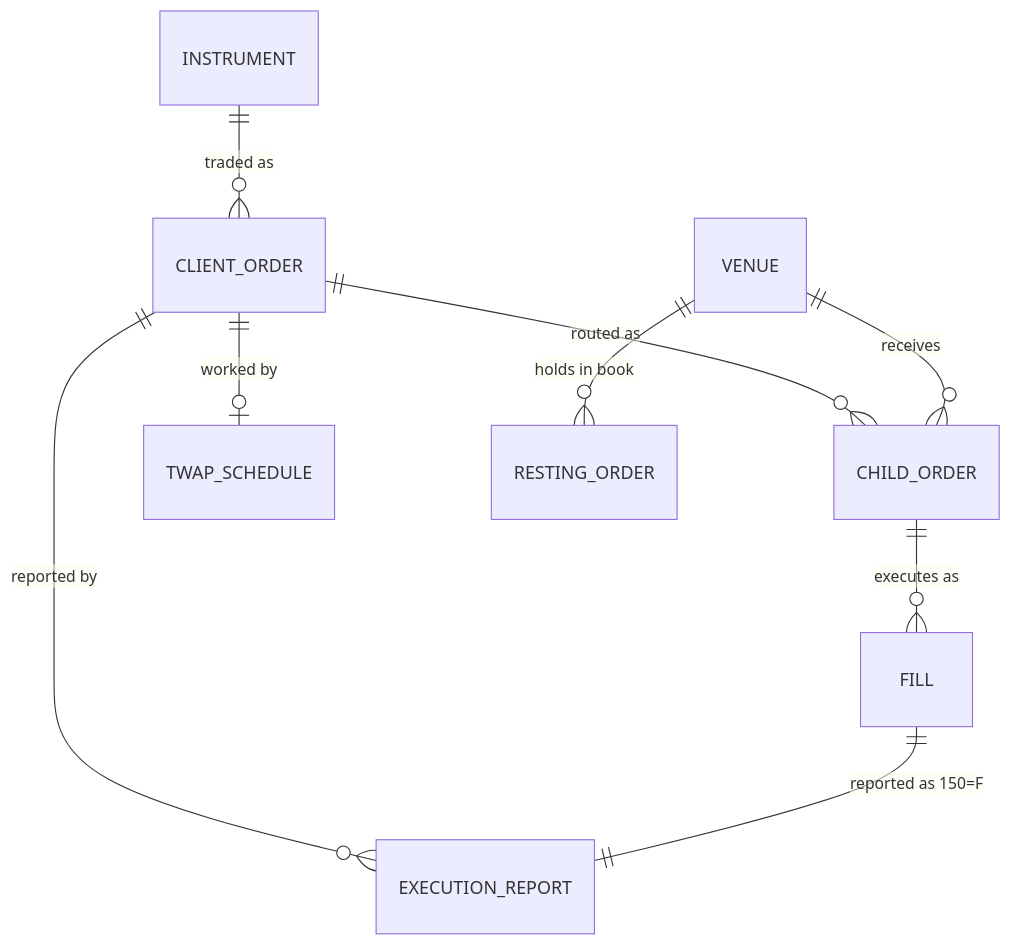
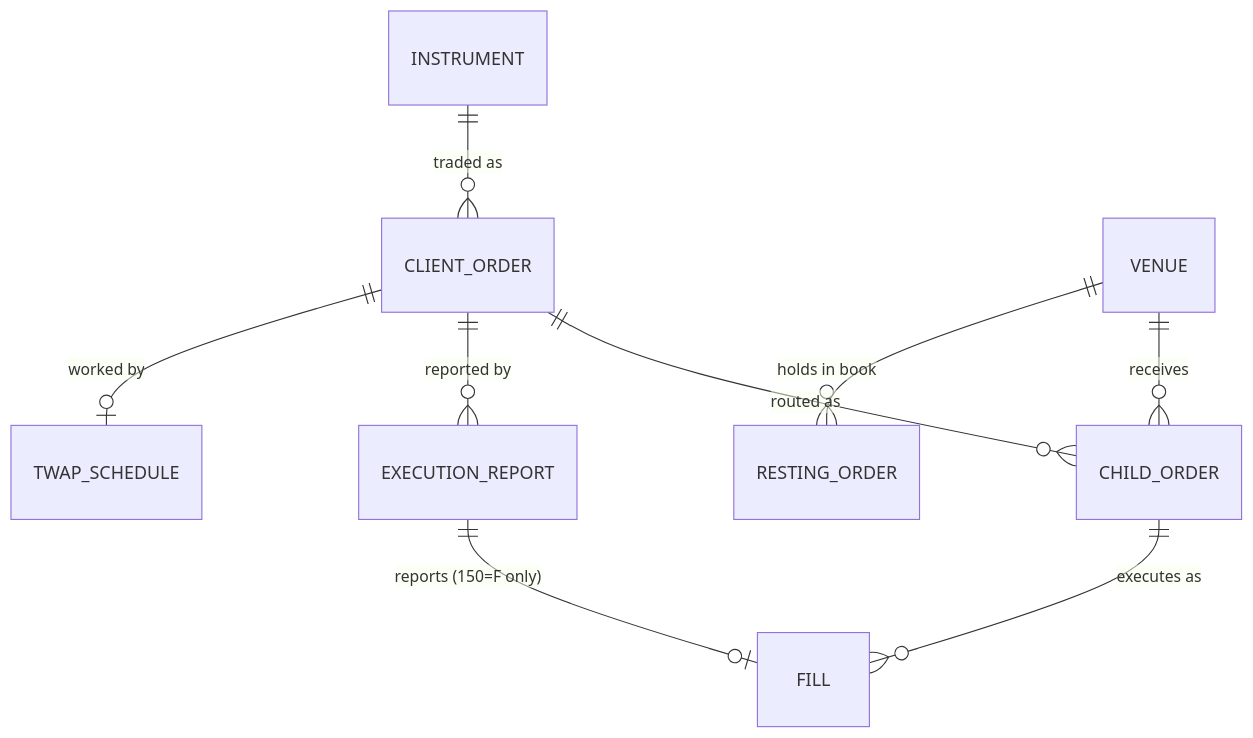
Before and after one commit to ravitvavilala/fix-order-simulator: the diagram in docs/data-model.md, drawn with Mermaid. The commit also changed other lines of this file and 19 other files, not shown here.

````diff
--- a/docs/data-model.md
+++ b/docs/data-model.md
@@ -3,11 +3,11 @@
 ```mermaid
 erDiagram
     INSTRUMENT ||--o{ CLIENT_ORDER : "traded as"
     CLIENT_ORDER ||--o{ CHILD_ORDER : "routed as"
     VENUE ||--o{ CHILD_ORDER : "receives"
     CLIENT_ORDER ||--o{ EXECUTION_REPORT : "reported by"
     CHILD_ORDER ||--o{ FILL : "executes as"
-    FILL ||--|| EXECUTION_REPORT : "reported as 150=F"
+    EXECUTION_REPORT ||--o| FILL : "reports (150=F only)"
     CLIENT_ORDER ||--o| TWAP_SCHEDULE : "worked by"
     VENUE ||--o{ RESTING_ORDER : "holds in book"
 ```
````
